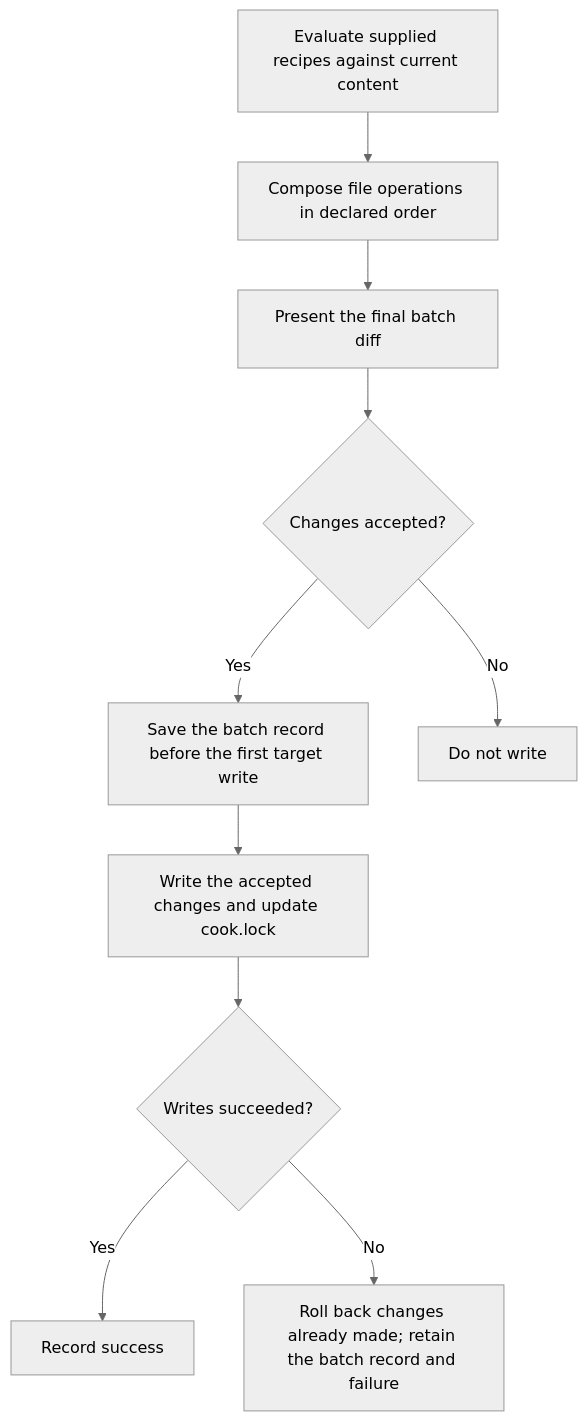
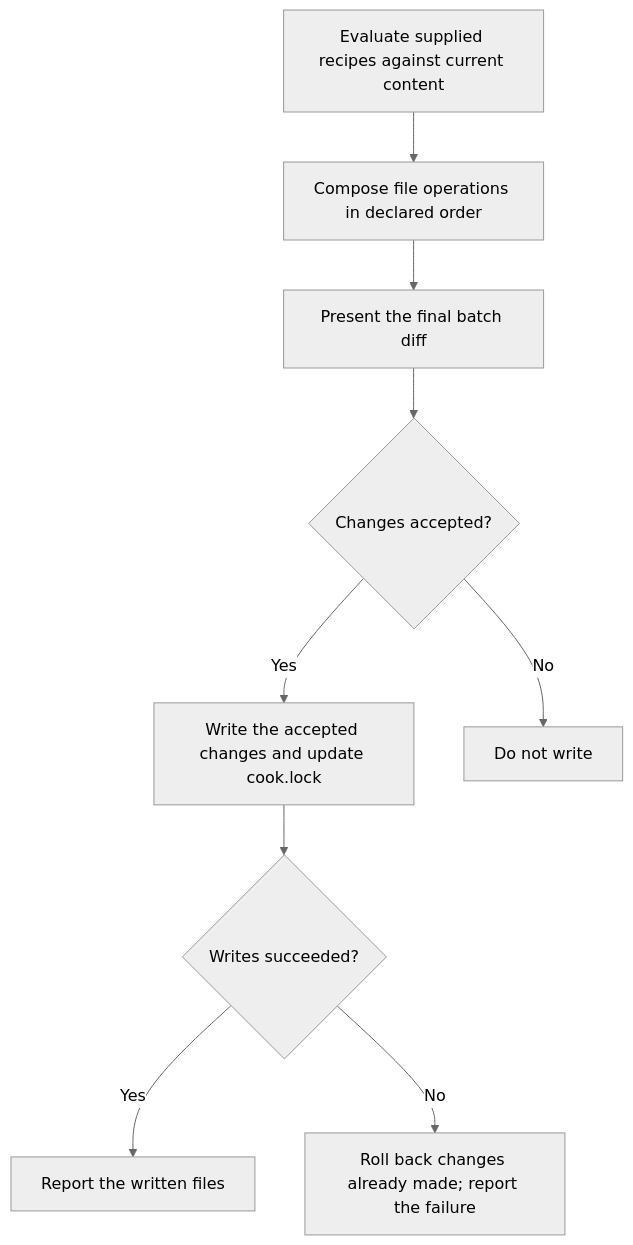
The second of 2 diagrams in docs/architecture.md (lmarqs/harness), drawn with Mermaid (neutral theme) before and after one commit. The commit also changed other lines of this file and 36 other files, not shown here.

````diff
--- a/docs/architecture.md
+++ b/docs/architecture.md
@@ -60,18 +59,17 @@
 ```mermaid
 flowchart TD
     evaluate["Evaluate supplied recipes against current content"]
     batch["Compose file operations in declared order"]
     diff["Present the final batch diff"]
     approval{"Changes accepted?"}
-    recovery["Save the batch record before the first target write"]
     write["Write the accepted changes and update cook.lock"]
     result{"Writes succeeded?"}
-    done["Record success"]
-    rollback["Roll back changes already made; retain the batch record and failure"]
+    done["Report the written files"]
+    rollback["Roll back changes already made; report the failure"]
     stop["Do not write"]
     evaluate --> batch --> diff --> approval
-    approval -->|"Yes"| recovery --> write --> result
+    approval -->|"Yes"| write --> result
     approval -->|"No"| stop
     result -->|"Yes"| done
     result -->|"No"| rollback
 ```
````
